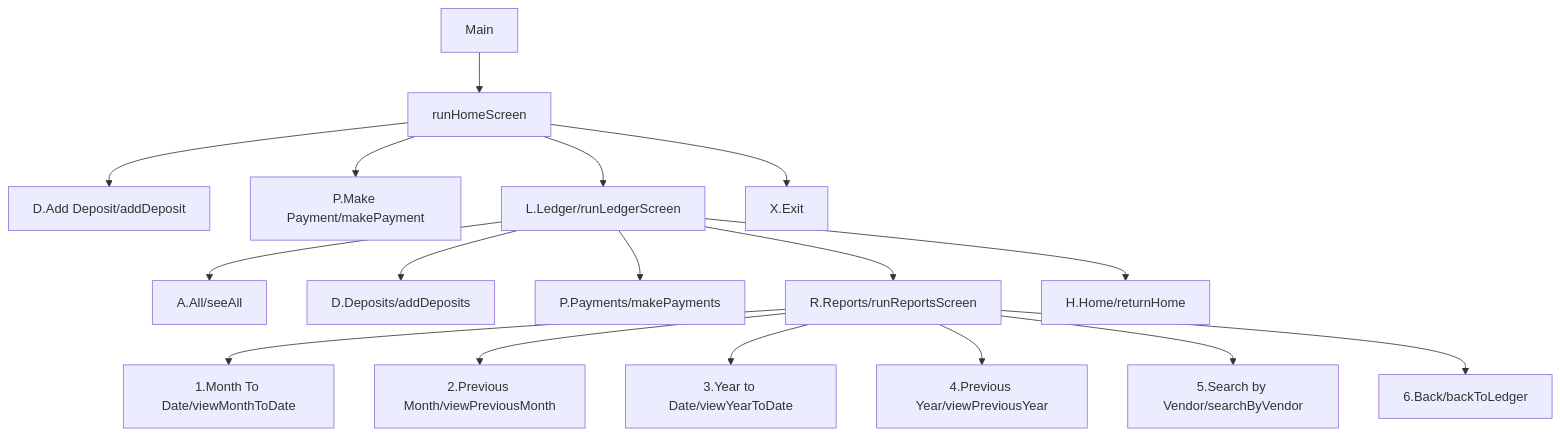
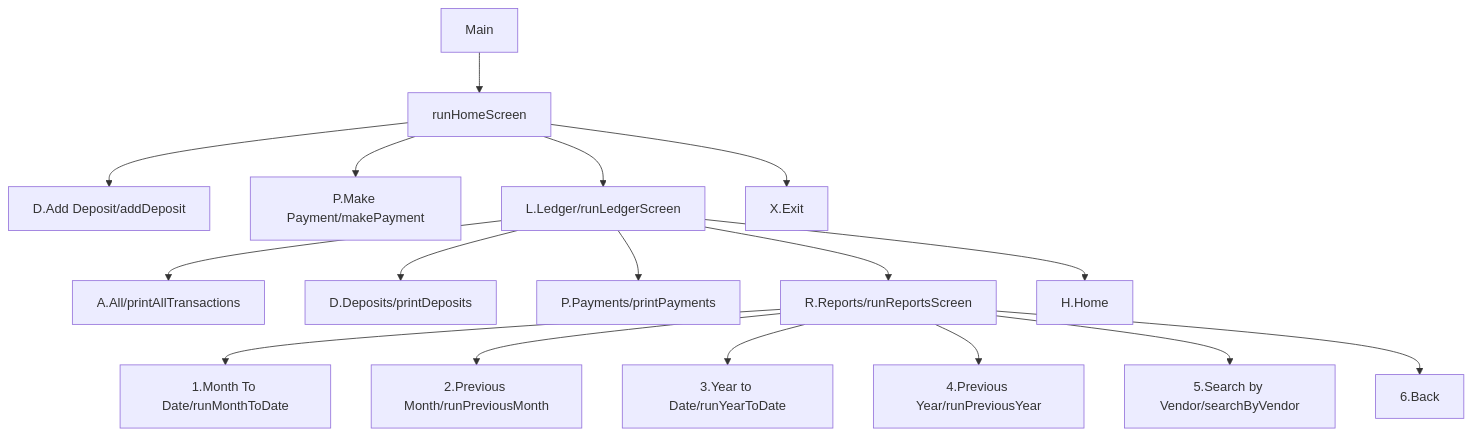
One commit to Fnavarro81/account-ledger changed the diagram in README.md. Above: the diagram before and after it, drawn with Mermaid. The commit also changed other lines of this file and 4 other files, not shown here.

`````diff
--- a/README.md
+++ b/README.md
@@ -1,19 +1,19 @@
 ````mermaid
 flowchart TD
 A1[Main] --> B[runHomeScreen]
 B --> C1[D.Add Deposit/addDeposit]
 B --> C2[P.Make Payment/makePayment]
 B --> C3[L.Ledger/runLedgerScreen]
 B --> C4[X.Exit]
-C3 --> D1[A.All/seeAll]
-C3 --> D2[D.Deposits/addDeposits]
-C3 --> D3[P.Payments/makePayments]
+C3 --> D1[A.All/printAllTransactions]
+C3 --> D2[D.Deposits/printDeposits]
+C3 --> D3[P.Payments/printPayments]
 C3 --> D4[R.Reports/runReportsScreen]
-C3 --> D5[H.Home/returnHome]
-D4 --> E1[1.Month To Date/viewMonthToDate]
-D4 --> E2[2.Previous Month/viewPreviousMonth]
-D4 --> E3[3.Year to Date/viewYearToDate]
-D4 --> E4[4.Previous Year/viewPreviousYear]
+C3 --> D5[H.Home]
+D4 --> E1[1.Month To Date/runMonthToDate]
+D4 --> E2[2.Previous Month/runPreviousMonth]
+D4 --> E3[3.Year to Date/runYearToDate]
+D4 --> E4[4.Previous Year/runPreviousYear]
 D4 --> E5[5.Search by Vendor/searchByVendor]
-D4 --> E6[6.Back/backToLedger]
+D4 --> E6[6.Back]
 ````
`````
